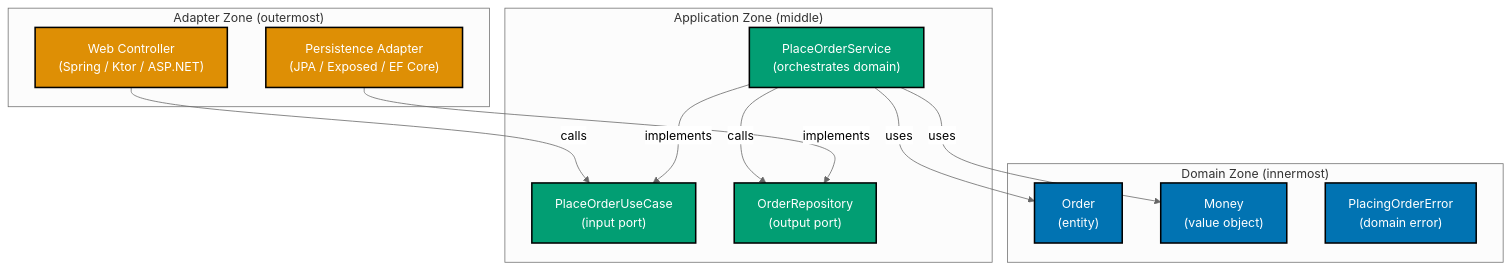
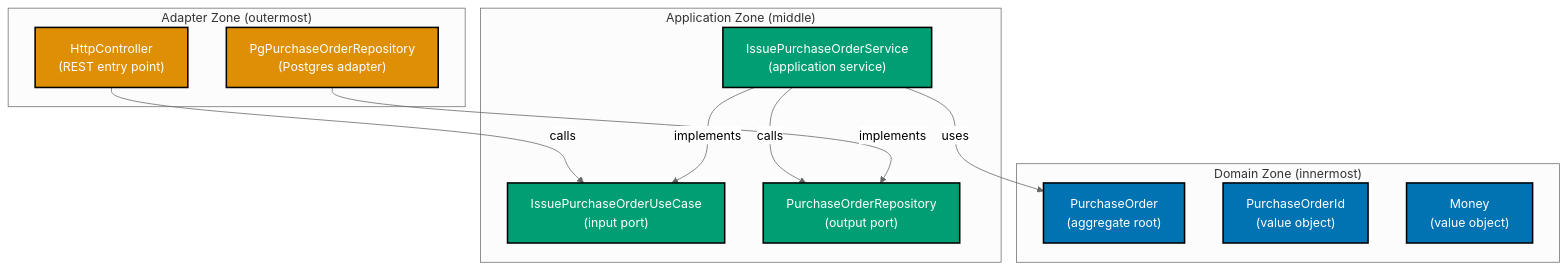
One commit to wahidyankf/open-sharia-enterprise changed the diagram in apps/ayokoding-web/content/en/learn/software-engineering/architecture/hexagonal-architecture/oop-by-example/beginner.md. Above: the diagram before and after it, drawn with Mermaid (neutral theme). The commit also changed other lines of this file and 38 other files, not shown here.

First line of the commit message:
docs(ayokoding-web): unify architecture tutorials on shared P2P domain

````diff
--- a/apps/ayokoding-web/content/en/learn/software-engineering/architecture/hexagonal-architecture/oop-by-example/beginner.md
+++ b/apps/ayokoding-web/content/en/learn/software-engineering/architecture/hexagonal-architecture/oop-by-example/beginner.md
@@ -18,29 +18,28 @@
 ```mermaid
-%% Palette: Blue #0173B2, Teal #029E73, Orange #DE8F05, Purple #CC78BC
+%% Palette: Blue #0173B2, Teal #029E73, Orange #DE8F05
 graph TD
     subgraph Adapter["Adapter Zone (outermost)"]
-        WEB["Web Controller\n#40;Spring / Ktor / ASP.NET#41;"]:::orange
-        DB["Persistence Adapter\n#40;JPA / Exposed / EF Core#41;"]:::orange
+        WEB["HttpController\n#40;REST entry point#41;"]:::orange
+        DB["PgPurchaseOrderRepository\n#40;Postgres adapter#41;"]:::orange
     end
     subgraph Application["Application Zone (middle)"]
-        UC["PlaceOrderUseCase\n#40;input port#41;"]:::teal
-        REPO["OrderRepository\n#40;output port#41;"]:::teal
-        SVC["PlaceOrderService\n#40;orchestrates domain#41;"]:::teal
+        UC["IssuePurchaseOrderUseCase\n#40;input port#41;"]:::teal
+        REPO["PurchaseOrderRepository\n#40;output port#41;"]:::teal
+        SVC["IssuePurchaseOrderService\n#40;application service#41;"]:::teal
     end
     subgraph Domain["Domain Zone (innermost)"]
-        ORDER["Order\n#40;entity#41;"]:::blue
+        PO["PurchaseOrder\n#40;aggregate root#41;"]:::blue
+        POID["PurchaseOrderId\n#40;value object#41;"]:::blue
         MONEY["Money\n#40;value object#41;"]:::blue
-        ERR["PlacingOrderError\n#40;domain error#41;"]:::blue
     end
 
     WEB -->|"calls"| UC
     SVC -->|"implements"| UC
     SVC -->|"calls"| REPO
     DB -->|"implements"| REPO
-    SVC -->|"uses"| ORDER
-    SVC -->|"uses"| MONEY
+    SVC -->|"uses"| PO
 
     classDef blue fill:#0173B2,stroke:#000,color:#fff,stroke-width:2px
     classDef teal fill:#029E73,stroke:#000,color:#fff,stroke-width:2px
     classDef orange fill:#DE8F05,stroke:#000,color:#fff,stroke-width:2px
 ```
````
